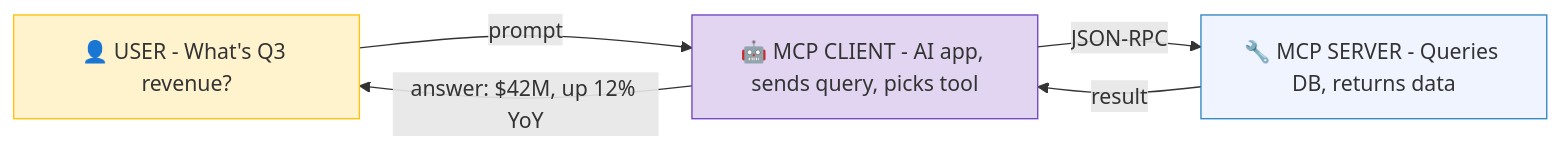
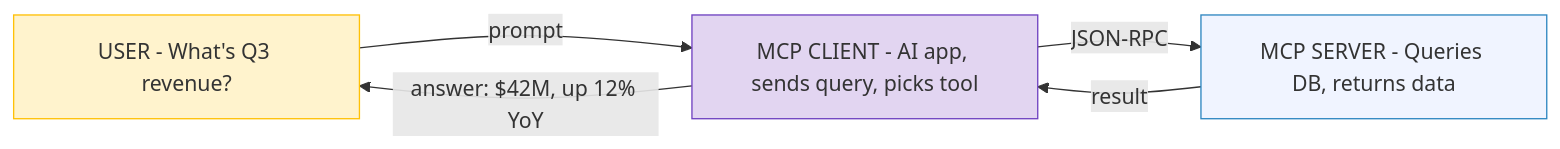
The second of 2 diagrams in docs/08-mcp.md (ithinktavo/GenAI-Engineering-Handbook), drawn with Mermaid before and after one commit. The commit also changed other lines of this file and 10 other files, not shown here.

Commit message:
Diagram updates

````diff
--- a/docs/08-mcp.md
+++ b/docs/08-mcp.md
@@ -50,15 +50,15 @@
 ```mermaid
 graph LR
-    User["👤 USER - What's Q3 revenue?"]
-    Client["🤖 MCP CLIENT - AI app, sends query, picks tool"]
-    Server["🔧 MCP SERVER - Queries DB, returns data"]
+    User["USER - What's Q3 revenue?"]
+    Client["MCP CLIENT - AI app, sends query, picks tool"]
+    Server["MCP SERVER - Queries DB, returns data"]
 
     User -- "prompt" --> Client
     Client -- "JSON-RPC" --> Server
     Server -- "result" --> Client
     Client -- "answer: $42M, up 12% YoY" --> User
 
     style User fill:#fff3cd,stroke:#ffc107
     style Client fill:#e2d5f1,stroke:#6f42c1
     style Server fill:#f0f4ff,stroke:#2E86C1
 ```
````
